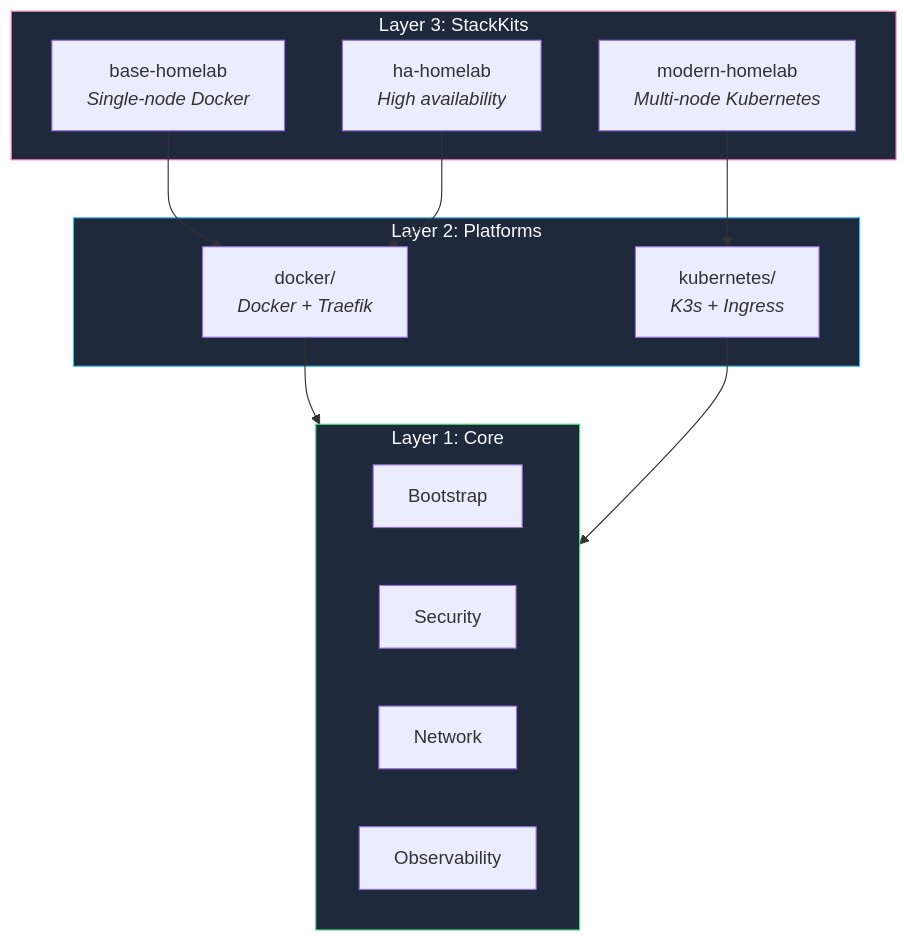
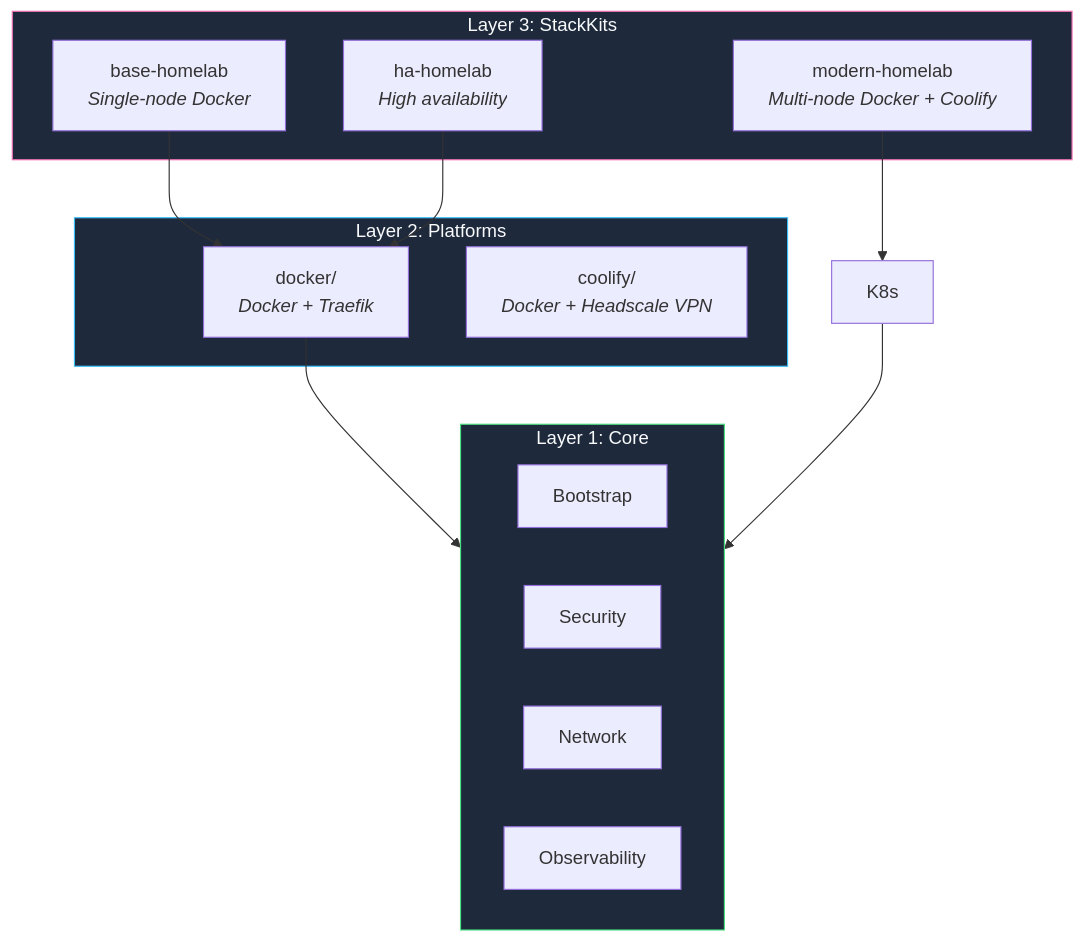
One commit to KombiverseLabs/docs changed the fourth of 9 diagrams in concepts/architecture.mdx. Above: the diagram before and after it, drawn with Mermaid. The commit also changed 35 other files, not shown here.

````diff
--- a/concepts/architecture.mdx
+++ b/concepts/architecture.mdx
@@ -179,30 +179,30 @@
 ```mermaid
 graph TB
     subgraph Layer3["Layer 3: StackKits"]
         Base["base-homelab<br/><i>Single-node Docker</i>"]
         HA["ha-homelab<br/><i>High availability</i>"]
-        Modern["modern-homelab<br/><i>Multi-node Kubernetes</i>"]
+        Modern["modern-homelab<br/><i>Multi-node Docker + Coolify</i>"]
     end
 
     subgraph Layer2["Layer 2: Platforms"]
         Docker["docker/<br/><i>Docker + Traefik</i>"]
-        K8s["kubernetes/<br/><i>K3s + Ingress</i>"]
+        Coolify["coolify/<br/><i>Docker + Headscale VPN</i>"]
     end
 
     subgraph Layer1["Layer 1: Core"]
         Bootstrap["Bootstrap"]
         Security["Security"]
         Network["Network"]
         Observe["Observability"]
     end
 
     Base --> Docker
     HA --> Docker
     Modern --> K8s
     Docker --> Layer1
     K8s --> Layer1
 
     style Layer3 fill:#1e293b,stroke:#f472b6,color:#f8fafc
     style Layer2 fill:#1e293b,stroke:#38bdf8,color:#f8fafc
     style Layer1 fill:#1e293b,stroke:#4ade80,color:#f8fafc
 ```
````
